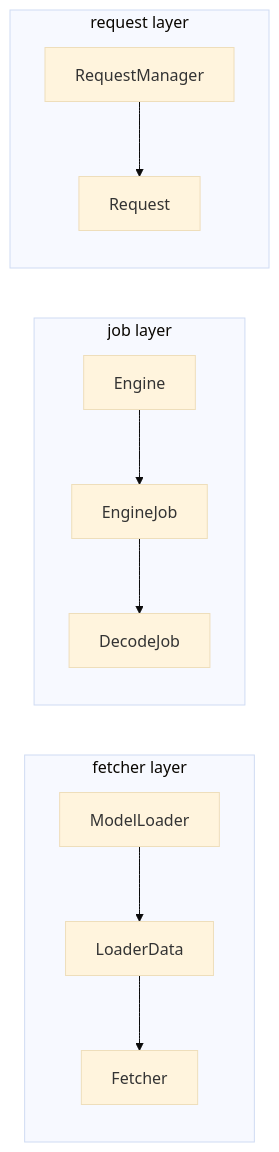
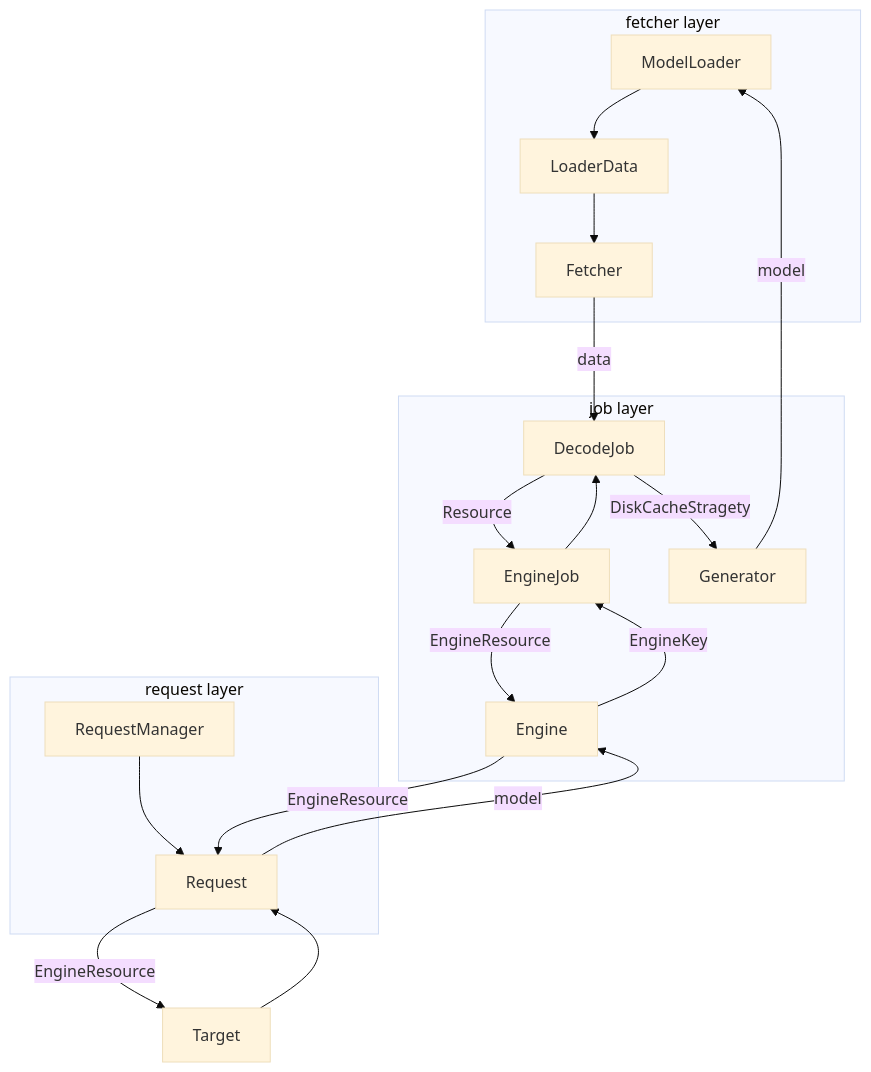
One commit to xujianhuaap/books changed the diagram in 20220206_android_glide.md. Above: the diagram before and after it, drawn with Mermaid (base theme).

Commit message:
feature:markdown support mermaid

````diff
--- a/20220206_android_glide.md
+++ b/20220206_android_glide.md
@@ -108,16 +108,24 @@
 ```mermaid
-graph LR 
+graph TB
 
-subgraph fetcher layer
+subgraph  fetcher layer
 ModelLoader -->LoaderData-->Fetcher
 end
 
+
 subgraph job layer
-Engine --> EngineJob-->DecodeJob
+Engine --EngineKey--> EngineJob-->DecodeJob--DiskCacheStragety-->Generator
 end 
-              
+             
 subgraph request layer
 RequestManager --> Request
+RequestManager
 end
 
+Target-->Request
+
+Request --model--> Engine 
+Generator --model--> ModelLoader
+Fetcher--data-->DecodeJob--Resource-->EngineJob--EngineResource-->Engine
+Engine--EngineResource-->Request --EngineResource--> Target
 ```
````
